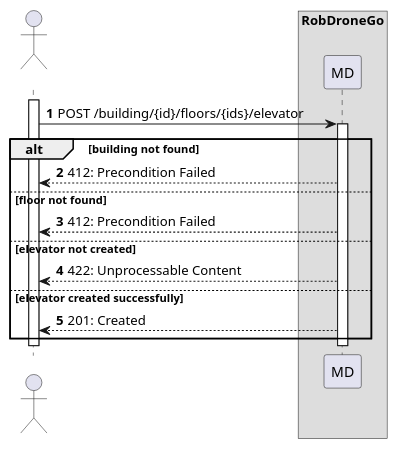
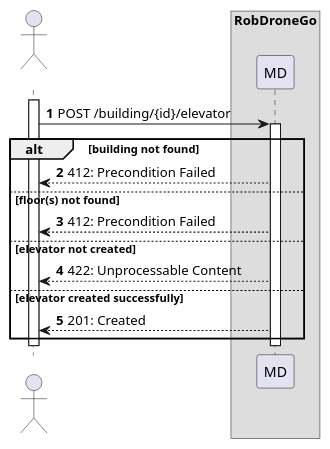
The diagram in docs/us270/level2/process-view.puml (Departamento-de-Engenharia-Informatica/lapr5-23-24-g19), drawn with PlantUML before and after one commit. The commit also changed 7 other files, not shown here.

Commit message:
docs(us270): updated diagrams

```diff
--- a/docs/us270/level2/process-view.puml
+++ b/docs/us270/level2/process-view.puml
@@ -1,26 +1,26 @@
 @startuml
 autonumber
 
 actor " " as actor
 box "RobDroneGo"
 participant "MD" as mdr
 
 activate actor
-    actor -> mdr: POST /building/{id}/floors/{ids}/elevator
+    actor -> mdr: POST /building/{id}/elevator
+    activate mdr
 
-    activate mdr
     alt building not found
         mdr --> actor : 412: Precondition Failed
-    else floor not found
+    else floor(s) not found
         mdr --> actor : 412: Precondition Failed
     else elevator not created
         mdr --> actor : 422: Unprocessable Content
     else elevator created successfully
         mdr --> actor : 201: Created
-
     end
+    
     deactivate mdr
 deactivate actor
 
 
 @enduml
```
